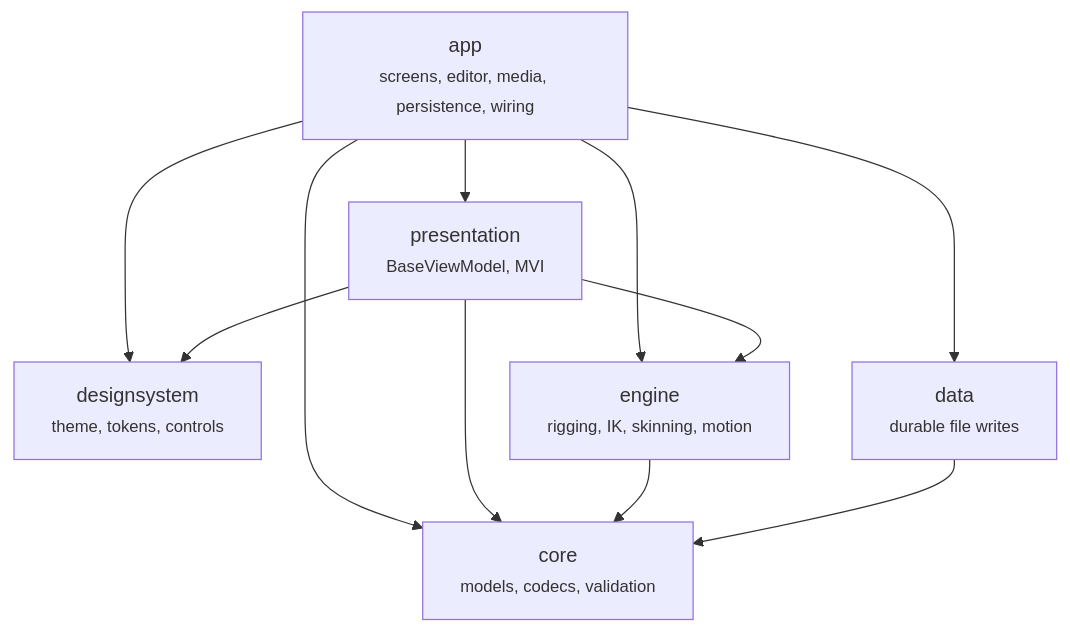
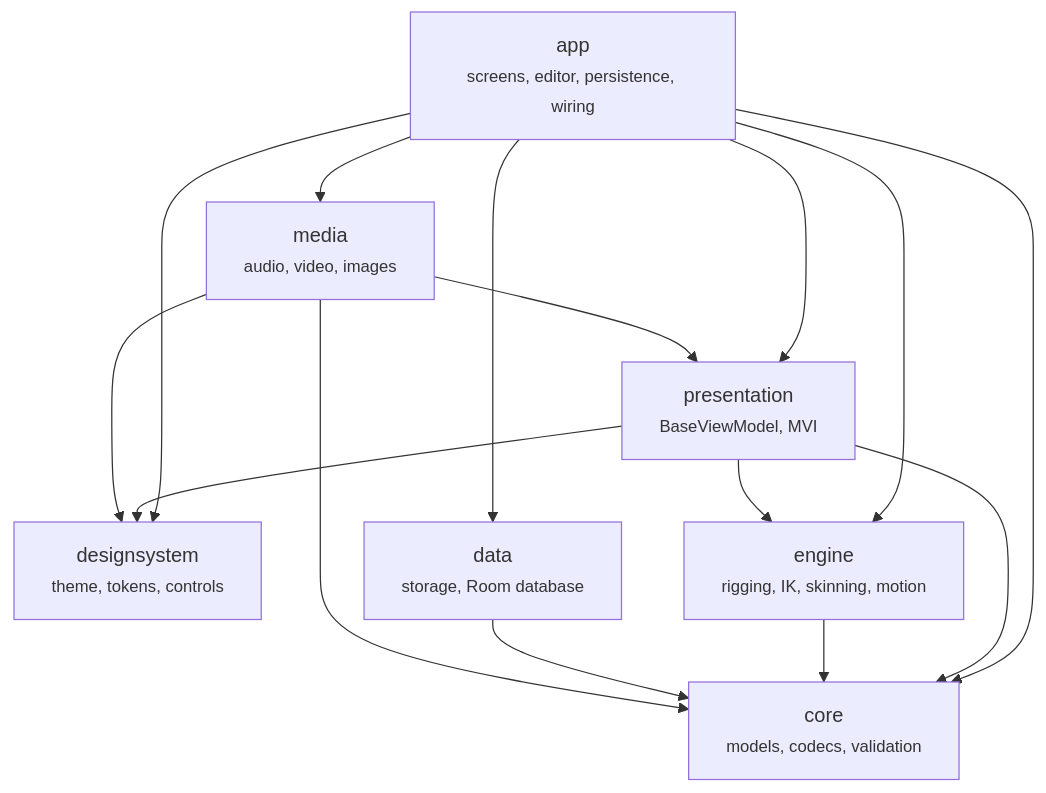
One commit to DonnC/kinetiframe changed the first of 5 diagrams in docs/architecture/README.md. Above: the diagram before and after it, drawn with Mermaid. The commit also changed other lines of this file and 129 other files, not shown here.

````diff
--- a/docs/architecture/README.md
+++ b/docs/architecture/README.md
@@ -9,20 +9,25 @@
 ```mermaid
 flowchart TD
-    app["app<br/><small>screens, editor, media, persistence, wiring</small>"]
+    app["app<br/><small>screens, editor, persistence, wiring</small>"]
     presentation["presentation<br/><small>BaseViewModel, MVI</small>"]
     designsystem["designsystem<br/><small>theme, tokens, controls</small>"]
     engine["engine<br/><small>rigging, IK, skinning, motion</small>"]
-    data["data<br/><small>durable file writes</small>"]
+    data["data<br/><small>storage, Room database</small>"]
+    media["media<br/><small>audio, video, images</small>"]
     core["core<br/><small>models, codecs, validation</small>"]
 
     app --> presentation
     app --> designsystem
     app --> engine
     app --> data
+    app --> media
     app --> core
     presentation --> designsystem
     presentation --> engine
     presentation --> core
     engine --> core
     data --> core
+    media --> presentation
+    media --> designsystem
+    media --> core
 ```
````
